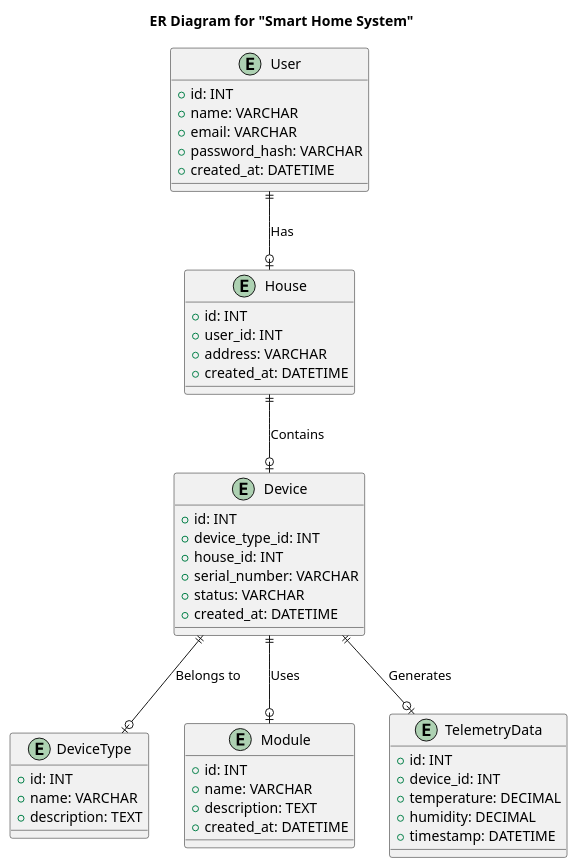
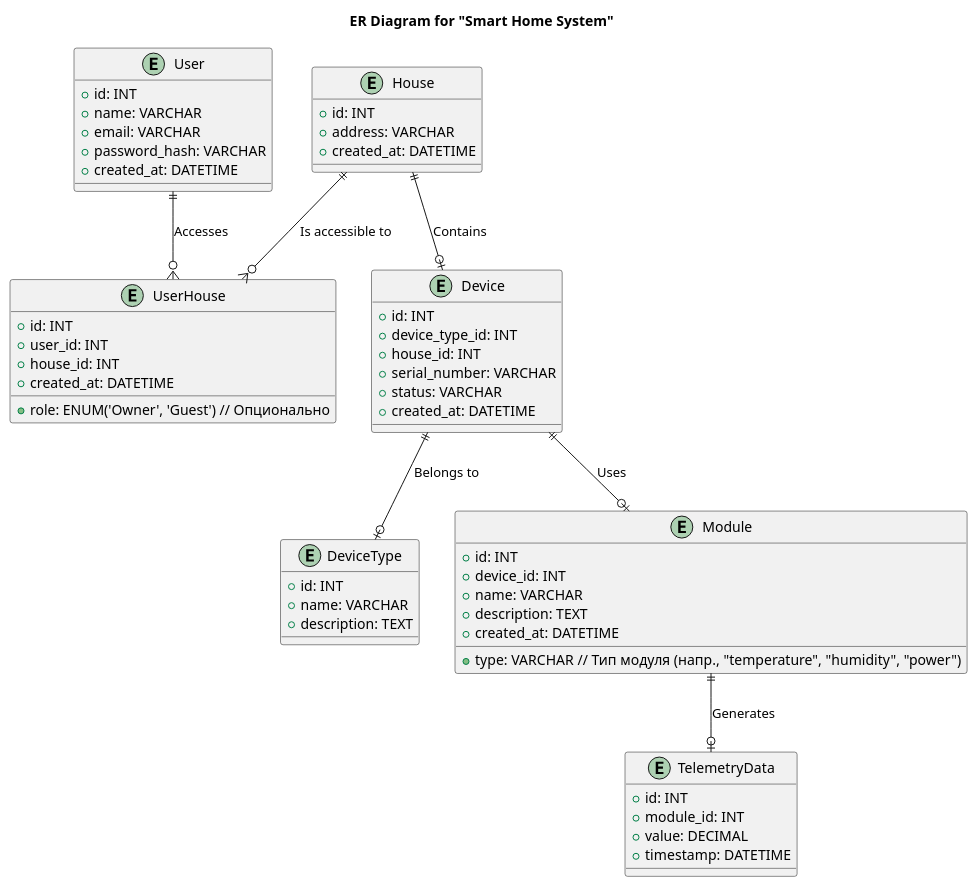
One commit to vladis62/yandex-asoftware-architect changed the diagram in sprint3/homework/smart-home-monolith/diagrams/ER/SmartHome_ER.puml. Above: the diagram before and after it, drawn with PlantUML. The commit also changed 3 other files, not shown here.

```diff
--- a/sprint3/homework/smart-home-monolith/diagrams/ER/SmartHome_ER.puml
+++ b/sprint3/homework/smart-home-monolith/diagrams/ER/SmartHome_ER.puml
@@ -1,56 +1,64 @@
 @startuml
 title ER Diagram for "Smart Home System"
 
 entity "User" {
   +id: INT
   +name: VARCHAR
   +email: VARCHAR
   +password_hash: VARCHAR
   +created_at: DATETIME
 }
 
 entity "House" {
   +id: INT
+  +address: VARCHAR
+  +created_at: DATETIME
+}
+
+entity "UserHouse" {
+  +id: INT
   +user_id: INT
-  +address: VARCHAR
+  +house_id: INT
+  +role: ENUM('Owner', 'Guest') // Опционально
   +created_at: DATETIME
 }
 
 entity "Device" {
   +id: INT
   +device_type_id: INT
   +house_id: INT
   +serial_number: VARCHAR
   +status: VARCHAR
   +created_at: DATETIME
 }
 
 entity "DeviceType" {
   +id: INT
   +name: VARCHAR
   +description: TEXT
 }
 
 entity "Module" {
   +id: INT
+  +device_id: INT
   +name: VARCHAR
   +description: TEXT
+  +type: VARCHAR // Тип модуля (напр., "temperature", "humidity", "power")
   +created_at: DATETIME
 }
 
 entity "TelemetryData" {
   +id: INT
-  +device_id: INT
-  +temperature: DECIMAL
-  +humidity: DECIMAL
+  +module_id: INT
+  +value: DECIMAL
   +timestamp: DATETIME
 }
 
-
-User ||--o| House : "Has"
+User ||--o{ UserHouse : "Accesses"
+House ||--o{ UserHouse : "Is accessible to"
 House ||--o| Device : "Contains"
 Device ||--o| DeviceType : "Belongs to"
-Device ||--o| TelemetryData : "Generates"
 Device ||--o| Module : "Uses"
+Module ||--o| TelemetryData : "Generates"
 
 @enduml
```
